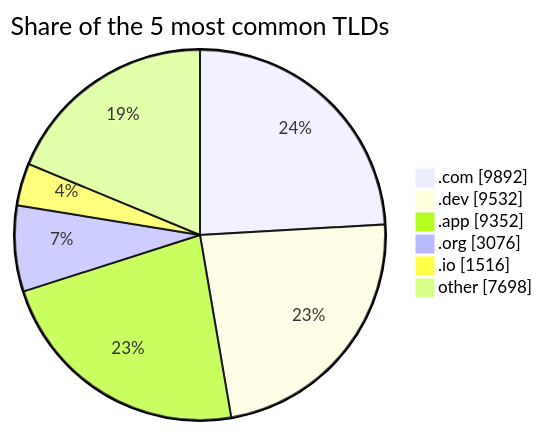
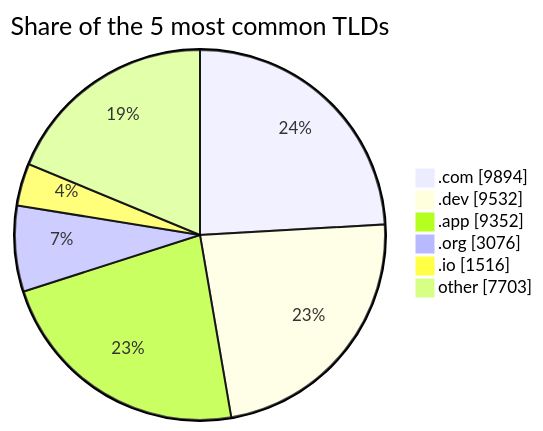
The third of 3 diagrams in README.md (DNSBunker/CTI), drawn with Mermaid before and after one commit. The commit also changed other lines of this file and 3 other files, not shown here.

````diff
--- a/README.md
+++ b/README.md
@@ -81,9 +81,9 @@
 ```mermaid
 pie showData title Share of the 5 most common TLDs
-    ".com" : 9892
+    ".com" : 9894
     ".dev" : 9532
     ".app" : 9352
     ".org" : 3076
     ".io" : 1516
-    "other" : 7698
+    "other" : 7703
 ```
````
